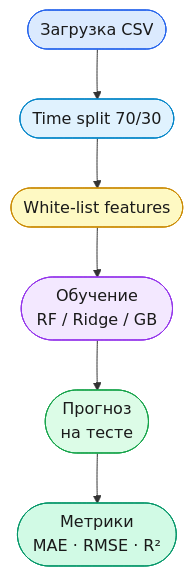
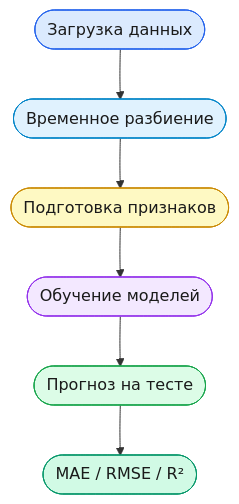
Before and after one commit to Misha-42/soda-ml-carbonation-control: the third of 3 diagrams in README.md, drawn with Mermaid. The commit also changed other lines of this file, not shown here.

````diff
--- a/README.md
+++ b/README.md
@@ -139,15 +174,15 @@
 ```mermaid
 graph TB
-    A([Загрузка CSV]) --> B([Time split 70/30])
-    B --> C([White-list features])
-    C --> D([Обучение\nRF / Ridge / GB])
-    D --> E([Прогноз\nна тесте])
-    E --> F([Метрики\nMAE · RMSE · R²])
+    A([Загрузка данных]) --> B([Временное разбиение])
+    B --> C([Подготовка признаков])
+    C --> D([Обучение моделей])
+    D --> E([Прогноз на тесте])
+    E --> F([MAE / RMSE / R²])
 
     style A fill:#dbeafe,stroke:#2563eb,color:#1a1a1a
     style B fill:#e0f2fe,stroke:#0284c7,color:#1a1a1a
     style C fill:#fef9c3,stroke:#ca8a04,color:#1a1a1a
     style D fill:#f3e8ff,stroke:#9333ea,color:#1a1a1a
     style E fill:#dcfce7,stroke:#16a34a,color:#1a1a1a
     style F fill:#d1fae5,stroke:#059669,color:#1a1a1a
 ```
````
